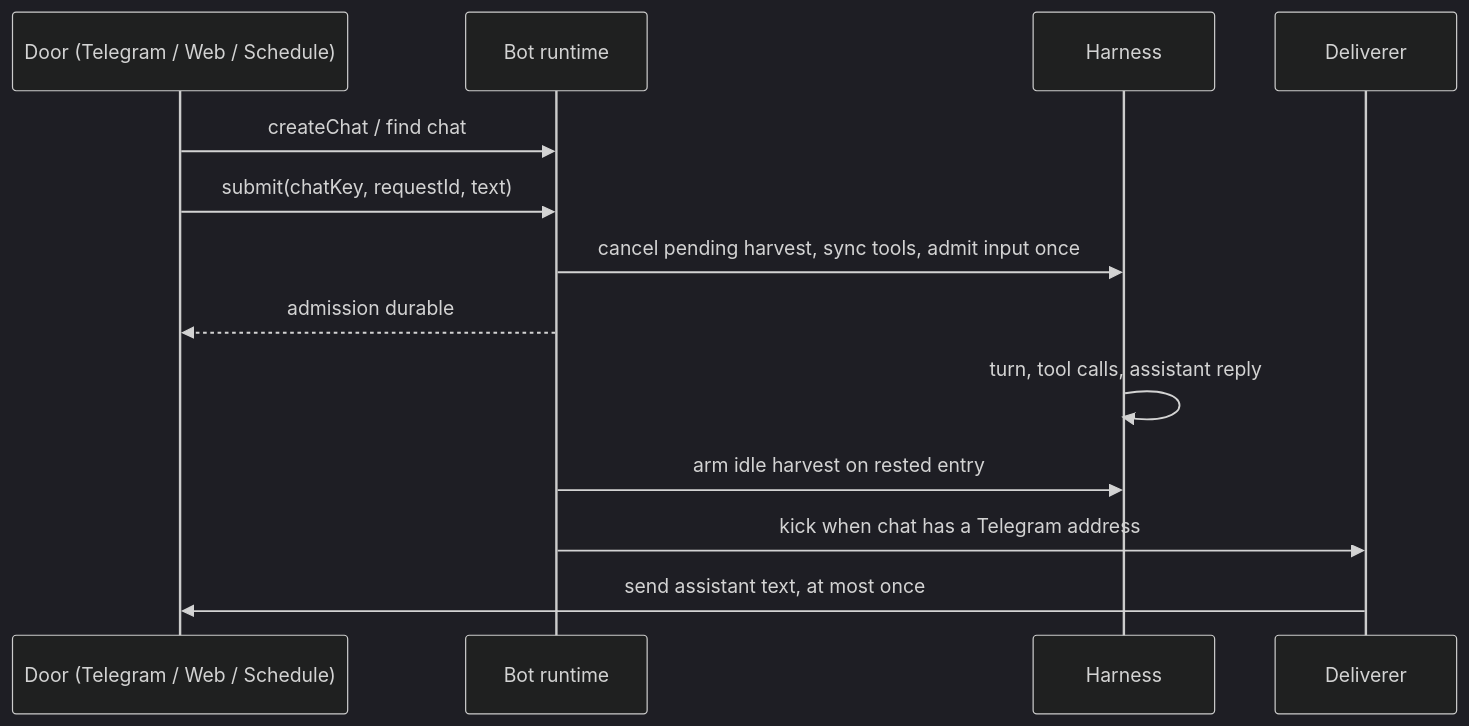
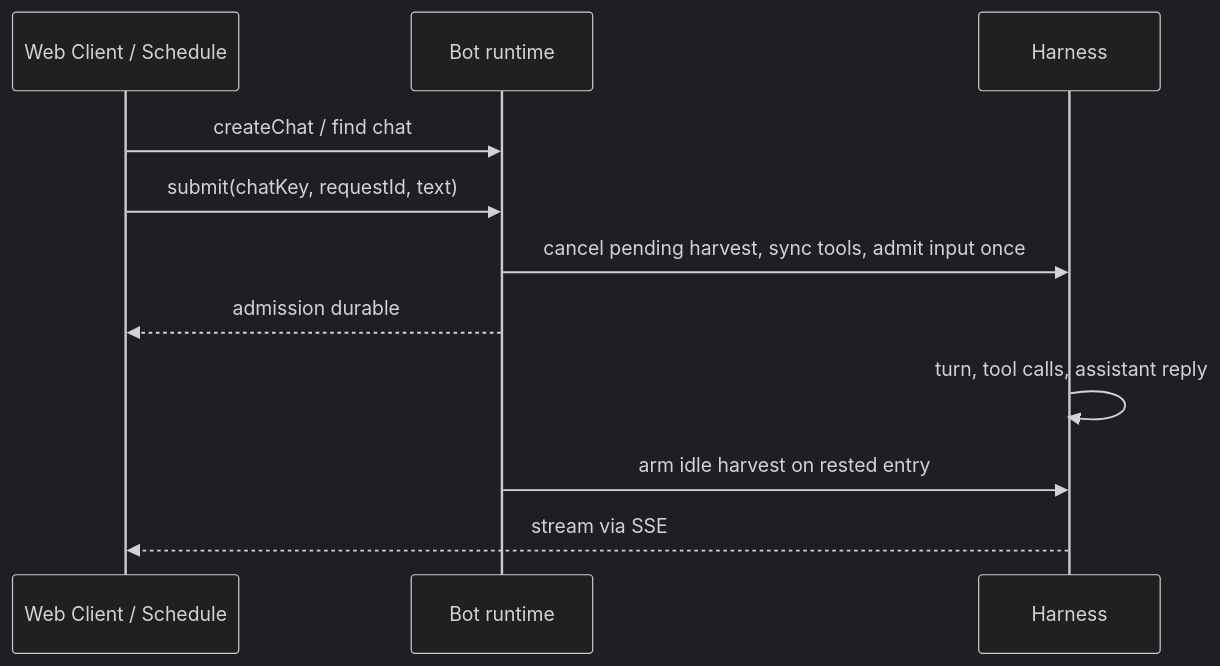
One commit to liorm/cadmus changed the diagram in docs/architecture/channels-and-turns.md. Above: the diagram before and after it, drawn with Mermaid (dark theme). The commit also changed other lines of this file and 48 other files, not shown here.

````diff
--- a/docs/architecture/channels-and-turns.md
+++ b/docs/architecture/channels-and-turns.md
@@ -7,15 +7,13 @@
 ```mermaid
 sequenceDiagram
-  participant Door as Door (Telegram / Web / Schedule)
+  participant Client as Web Client / Schedule
   participant RT as Bot runtime
   participant H as Harness
-  participant Del as Deliverer
-  Door->>RT: createChat / find chat
-  Door->>RT: submit(chatKey, requestId, text)
+  Client->>RT: createChat / find chat
+  Client->>RT: submit(chatKey, requestId, text)
   RT->>H: cancel pending harvest, sync tools, admit input once
-  RT-->>Door: admission durable
+  RT-->>Client: admission durable
   H->>H: turn, tool calls, assistant reply
   RT->>H: arm idle harvest on rested entry
-  RT->>Del: kick when chat has a Telegram address
-  Del->>Door: send assistant text, at most once
+  H-->>Client: stream via SSE
 ```
````
